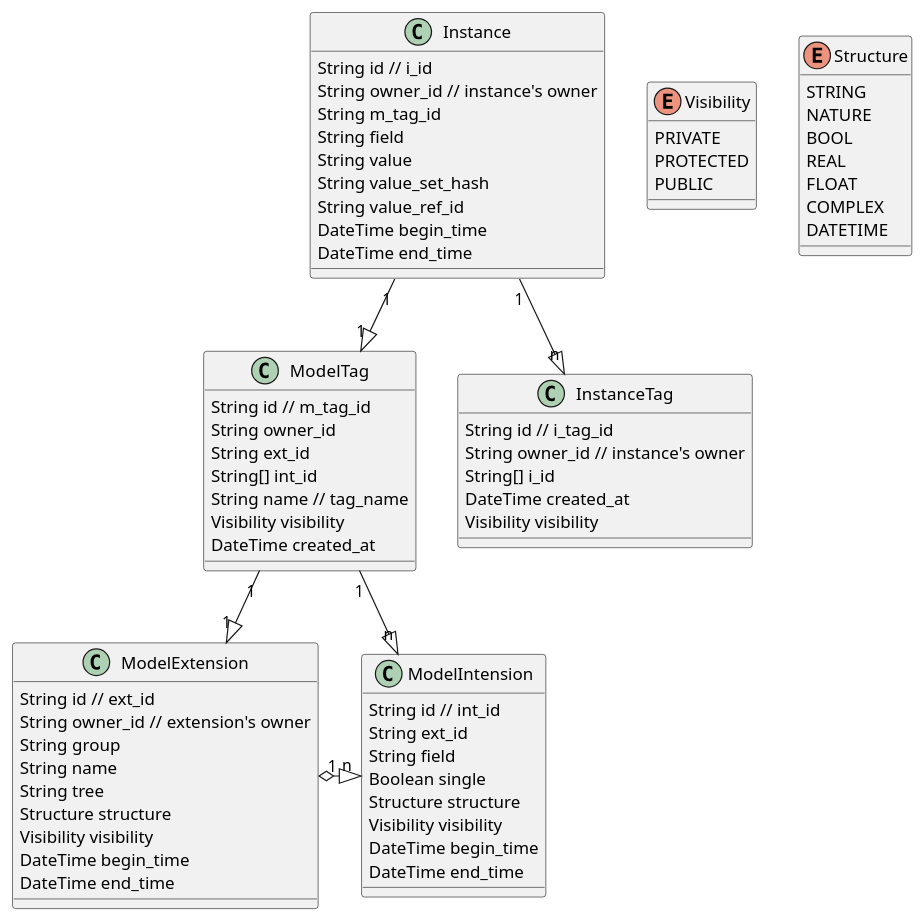
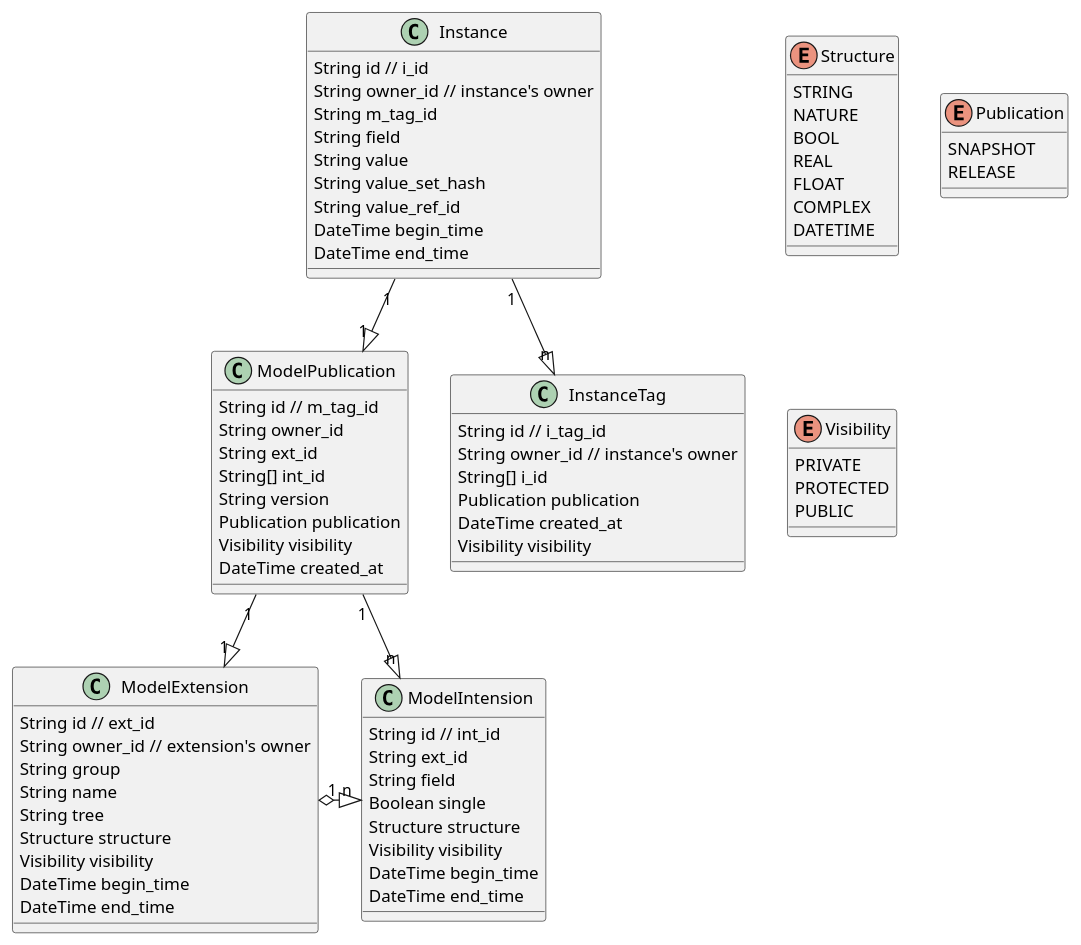
One commit to SINeWang/kiimate changed the diagram in metamate.puml. Above: the diagram before and after it, drawn with PlantUML. The commit also changed 19 other files, not shown here.

Commit message:
add snapshot model api

```diff
--- a/metamate.puml
+++ b/metamate.puml
@@ -1,85 +1,90 @@
 @startuml
 
 
-ModelTag "1" --|>  "1" ModelExtension
-ModelTag "1" --|>  "n" ModelIntension
+ModelPublication "1" --|>  "1" ModelExtension
+ModelPublication "1" --|>  "n" ModelIntension
 
-Instance "1" --|>  "1" ModelTag
+Instance "1" --|>  "1" ModelPublication
 
 Instance "1" --|>  "n" InstanceTag
 
 
 ModelExtension "1" o--right--|> "n" ModelIntension
 
 class ModelExtension {
     String id // ext_id
     String owner_id // extension's owner
     String group
     String name
     String tree
     Structure structure
     Visibility visibility
     DateTime begin_time
     DateTime end_time
 }
 
 class ModelIntension {
     String id // int_id
     String ext_id
     String field
     Boolean single
     Structure structure
     Visibility visibility
     DateTime begin_time
     DateTime end_time
 }
 
-class ModelTag {
+class ModelPublication {
     String id // m_tag_id
     String owner_id
     String ext_id
     String[] int_id
-    String name // tag_name
+    String version
+    Publication publication
     Visibility visibility
     DateTime created_at
 }
-
-
-enum Visibility {
-    PRIVATE
-    PROTECTED
-    PUBLIC
-}
-
 
 enum Structure {
     STRING
     NATURE
     BOOL
     REAL
     FLOAT
     COMPLEX
     DATETIME
+}
+
+enum Publication {
+    SNAPSHOT
+    RELEASE
+}
+
+enum Visibility {
+    PRIVATE
+    PROTECTED
+    PUBLIC
 }
 
 class Instance {
     String id // i_id
     String owner_id // instance's owner
     String m_tag_id
     String field
     String value
     String value_set_hash
     String value_ref_id
     DateTime begin_time
     DateTime end_time
 }
 
 class InstanceTag {
     String id // i_tag_id
     String owner_id // instance's owner
     String[] i_id
+    Publication publication
     DateTime created_at
     Visibility visibility
 }
 
 @enduml
```
